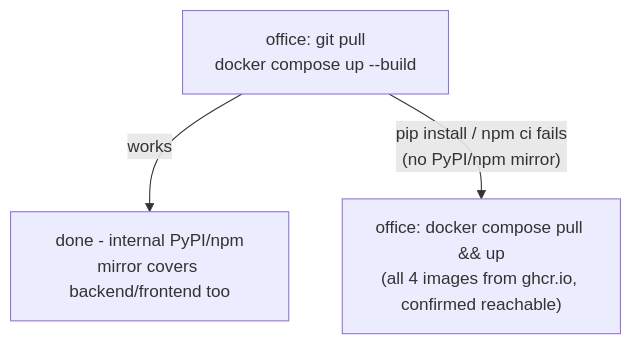
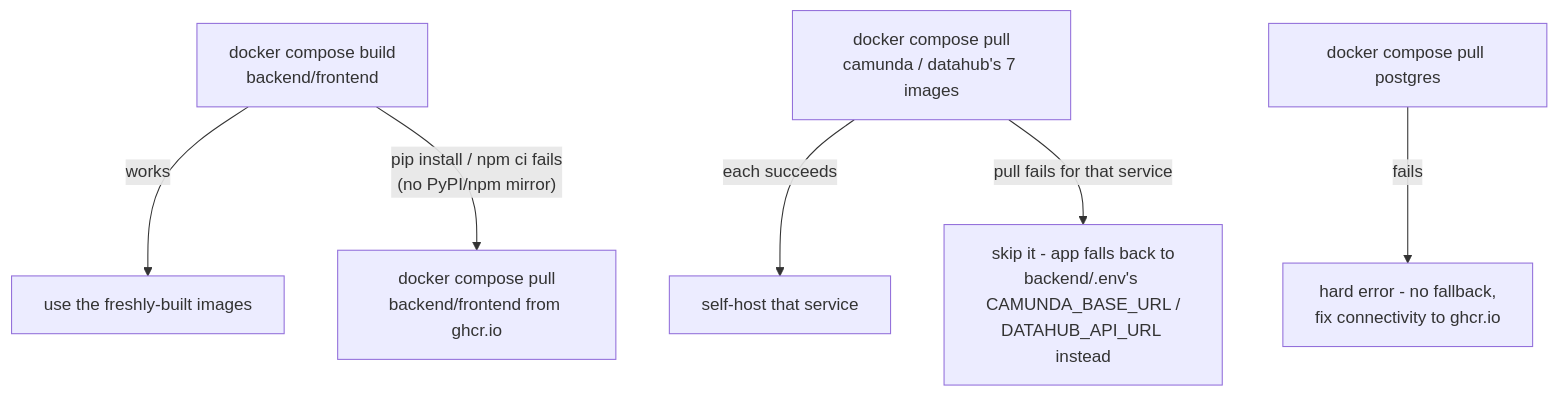
One commit to mail2yee/intelligent-data-governance-agent-onprem changed the third of 3 diagrams in README.md. Above: the diagram before and after it, drawn with Mermaid. The commit also changed other lines of this file and 7 other files, not shown here.

````diff
--- a/README.md
+++ b/README.md
@@ -261,5 +262,8 @@
 ```mermaid
 flowchart TD
-    A["office: git pull\ndocker compose up --build"] -->|works| Z["done - internal PyPI/npm\nmirror covers backend/frontend too"]
-    A -->|"pip install / npm ci fails\n(no PyPI/npm mirror)"| B["office: docker compose pull && up\n(all 4 images from ghcr.io, confirmed reachable)"]
+    A["docker compose build\nbackend/frontend"] -->|works| Z1["use the freshly-built images"]
+    A -->|"pip install / npm ci fails\n(no PyPI/npm mirror)"| B["docker compose pull\nbackend/frontend from ghcr.io"]
+    C["docker compose pull\ncamunda / datahub's 7 images"] -->|each succeeds| Z2["self-host that service"]
+    C -->|"pull fails for that service"| D["skip it - app falls back to\nbackend/.env's CAMUNDA_BASE_URL /\nDATAHUB_API_URL instead"]
+    E["docker compose pull postgres"] -->|fails| F["hard error - no fallback,\nfix connectivity to ghcr.io"]
 ```
````
